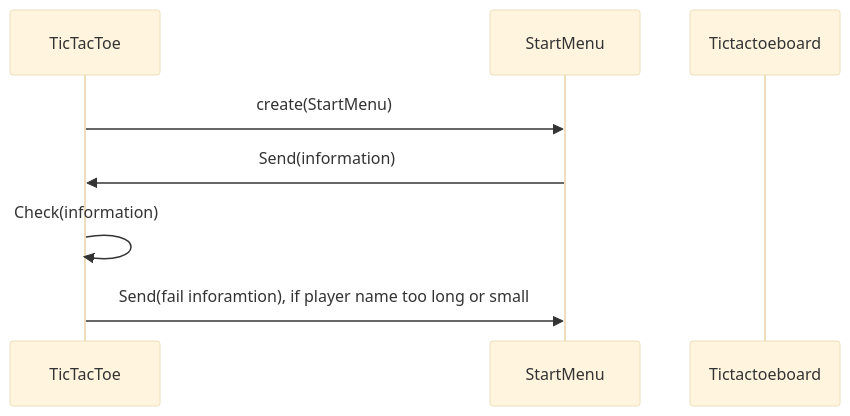
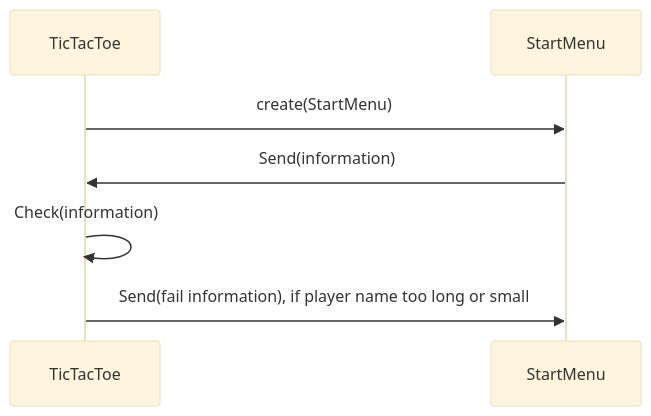
Before and after one commit to TatuSorjonen/ot-harjoitustyo: the second of 2 diagrams in maarittelydokumentti/arkkitehtuuri.md, drawn with Mermaid (base theme).

````diff
--- a/maarittelydokumentti/arkkitehtuuri.md
+++ b/maarittelydokumentti/arkkitehtuuri.md
@@ -90,10 +90,9 @@
 ```mermaid
 sequenceDiagram
   participant TicTacToe
   participant StartMenu
-  participant Tictactoeboard
   TicTacToe->> StartMenu: create(StartMenu)
   StartMenu->> TicTacToe: Send(information)
   TicTacToe->> TicTacToe: Check(information)
-  TicTacToe->> StartMenu: Send(fail inforamtion), if player name too long or small
+  TicTacToe->> StartMenu: Send(fail information), if player name too long or small
 ```
````
